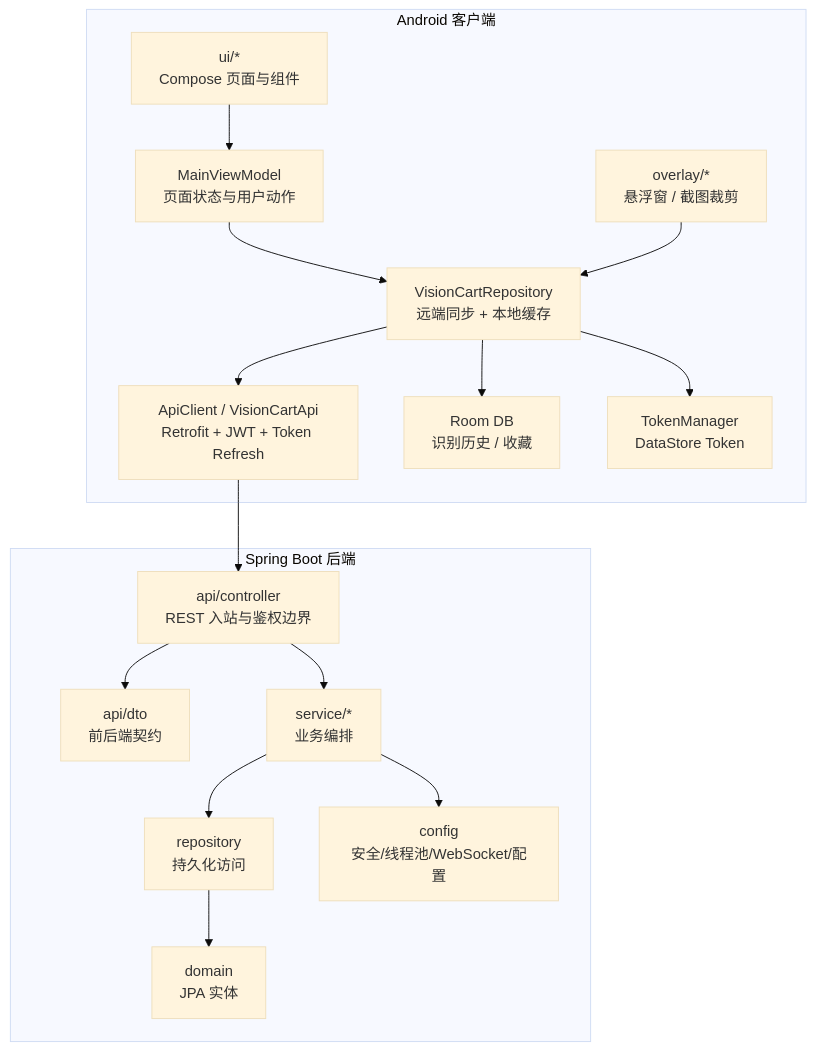
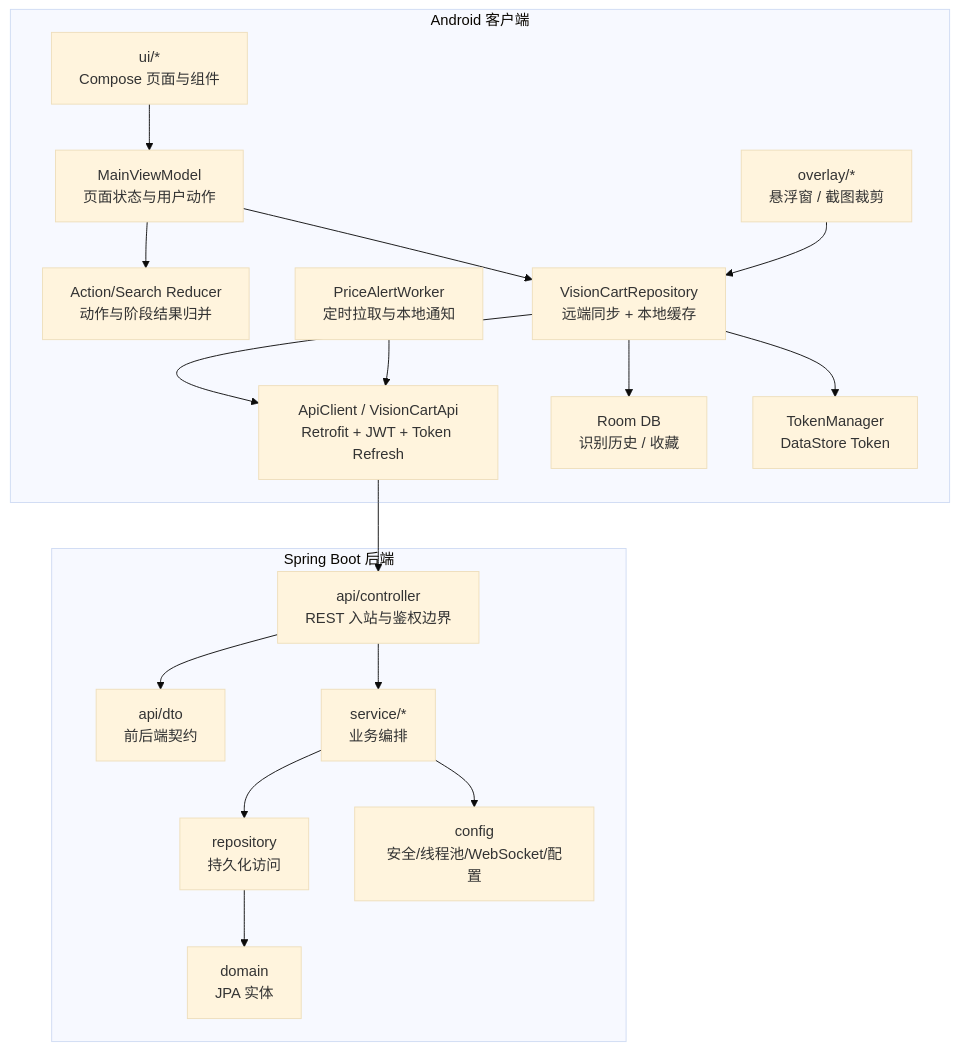
The second of 12 diagrams in docs/architecture-design.md (buwenjiayou/VisionCart), drawn with Mermaid (base theme) before and after one commit. The commit also changed other lines of this file and 69 other files, not shown here.

````diff
--- a/docs/architecture-design.md
+++ b/docs/architecture-design.md
@@ -54,31 +55,35 @@
 ```mermaid
 flowchart TB
     subgraph Android["Android 客户端"]
         UI["ui/*<br/>Compose 页面与组件"]
         VM["MainViewModel<br/>页面状态与用户动作"]
+        Reducer["Action/Search Reducer<br/>动作与阶段结果归并"]
         Repo["VisionCartRepository<br/>远端同步 + 本地缓存"]
         Api["ApiClient / VisionCartApi<br/>Retrofit + JWT + Token Refresh"]
         DB["Room DB<br/>识别历史 / 收藏"]
         Token["TokenManager<br/>DataStore Token"]
+        WorkerA["PriceAlertWorker<br/>定时拉取与本地通知"]
         OverlayA["overlay/*<br/>悬浮窗 / 截图裁剪"]
     end
 
     subgraph Backend["Spring Boot 后端"]
         Controller["api/controller<br/>REST 入站与鉴权边界"]
         DTO["api/dto<br/>前后端契约"]
         Service["service/*<br/>业务编排"]
         Domain["domain<br/>JPA 实体"]
         Repository["repository<br/>持久化访问"]
         Config["config<br/>安全/线程池/WebSocket/配置"]
     end
 
-    UI --> VM --> Repo --> Api --> Controller
+    UI --> VM --> Reducer
+    VM --> Repo --> Api --> Controller
     Repo --> DB
     Repo --> Token
+    WorkerA --> Api
     OverlayA --> Repo
 
     Controller --> DTO
     Controller --> Service
     Service --> Repository --> Domain
     Service --> Config
 ```
````
